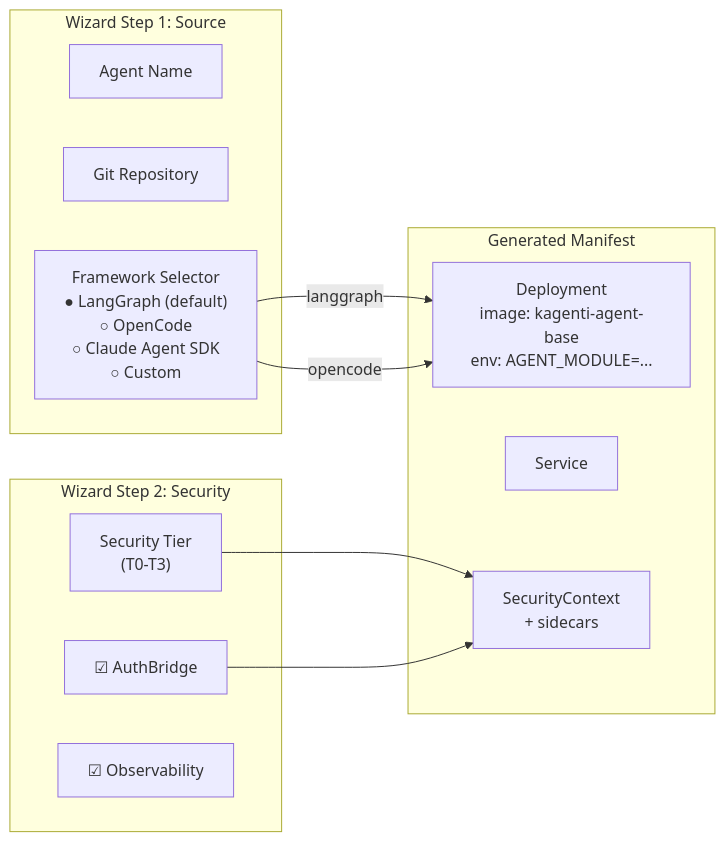
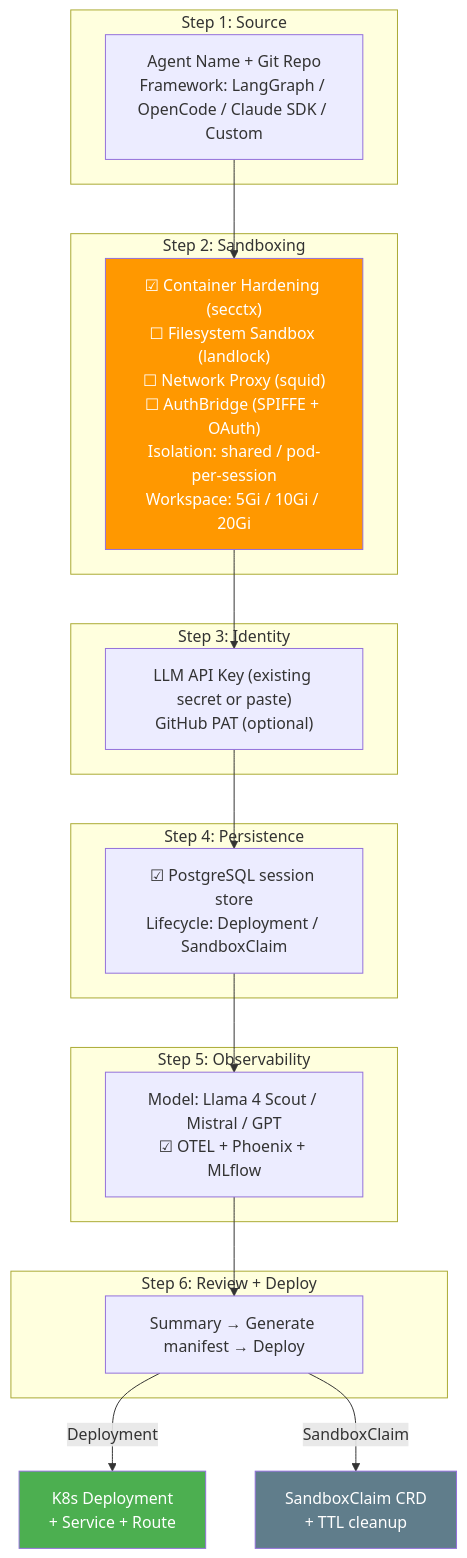
Diagram 11 of 11 in docs/plans/2026-03-04-platform-agent-runtime-design.md (kagenti/kagenti), drawn with Mermaid before and after one commit. The commit also changed other lines of this file, not shown here.

First line of the commit message:
docs: composable sandboxing layers + wizard integration (Session G)

````diff
--- a/docs/plans/2026-03-04-platform-agent-runtime-design.md
+++ b/docs/plans/2026-03-04-platform-agent-runtime-design.md
@@ -547,25 +611,35 @@
 ```mermaid
-graph LR
-    subgraph "Wizard Step 1: Source"
-        NAME["Agent Name"]
-        REPO["Git Repository"]
-        FW["Framework Selector<br/>● LangGraph (default)<br/>○ OpenCode<br/>○ Claude Agent SDK<br/>○ Custom"]
+graph TB
+    subgraph "Step 1: Source"
+        S1["Agent Name + Git Repo<br/>Framework: LangGraph / OpenCode / Claude SDK / Custom"]
     end
 
-    subgraph "Wizard Step 2: Security"
-        TIER["Security Tier<br/>(T0-T3)"]
-        AB2["☑ AuthBridge"]
-        OTEL2["☑ Observability"]
+    subgraph "Step 2: Sandboxing"
+        S2["☑ Container Hardening (secctx)<br/>☐ Filesystem Sandbox (landlock)<br/>☐ Network Proxy (squid)<br/>☐ AuthBridge (SPIFFE + OAuth)<br/>Isolation: shared / pod-per-session<br/>Workspace: 5Gi / 10Gi / 20Gi"]
     end
 
-    subgraph "Generated Manifest"
-        DEP["Deployment<br/>image: kagenti-agent-base<br/>env: AGENT_MODULE=..."]
-        SVC["Service"]
-        SEC["SecurityContext<br/>+ sidecars"]
+    subgraph "Step 3: Identity"
+        S3["LLM API Key (existing secret or paste)<br/>GitHub PAT (optional)"]
     end
 
-    FW -->|"langgraph"| DEP
-    FW -->|"opencode"| DEP
-    TIER --> SEC
-    AB2 --> SEC
+    subgraph "Step 4: Persistence"
+        S4["☑ PostgreSQL session store<br/>Lifecycle: Deployment / SandboxClaim"]
+    end
+
+    subgraph "Step 5: Observability"
+        S5["Model: Llama 4 Scout / Mistral / GPT<br/>☑ OTEL + Phoenix + MLflow"]
+    end
+
+    subgraph "Step 6: Review + Deploy"
+        S6["Summary → Generate manifest → Deploy"]
+    end
+
+    S1 --> S2 --> S3 --> S4 --> S5 --> S6
+
+    S6 -->|"Deployment"| DEP2["K8s Deployment<br/>+ Service + Route"]
+    S6 -->|"SandboxClaim"| SC3["SandboxClaim CRD<br/>+ TTL cleanup"]
+
+    style S2 fill:#FF9800,color:white
+    style DEP2 fill:#4CAF50,color:white
+    style SC3 fill:#607D8B,color:white
 ```
````
